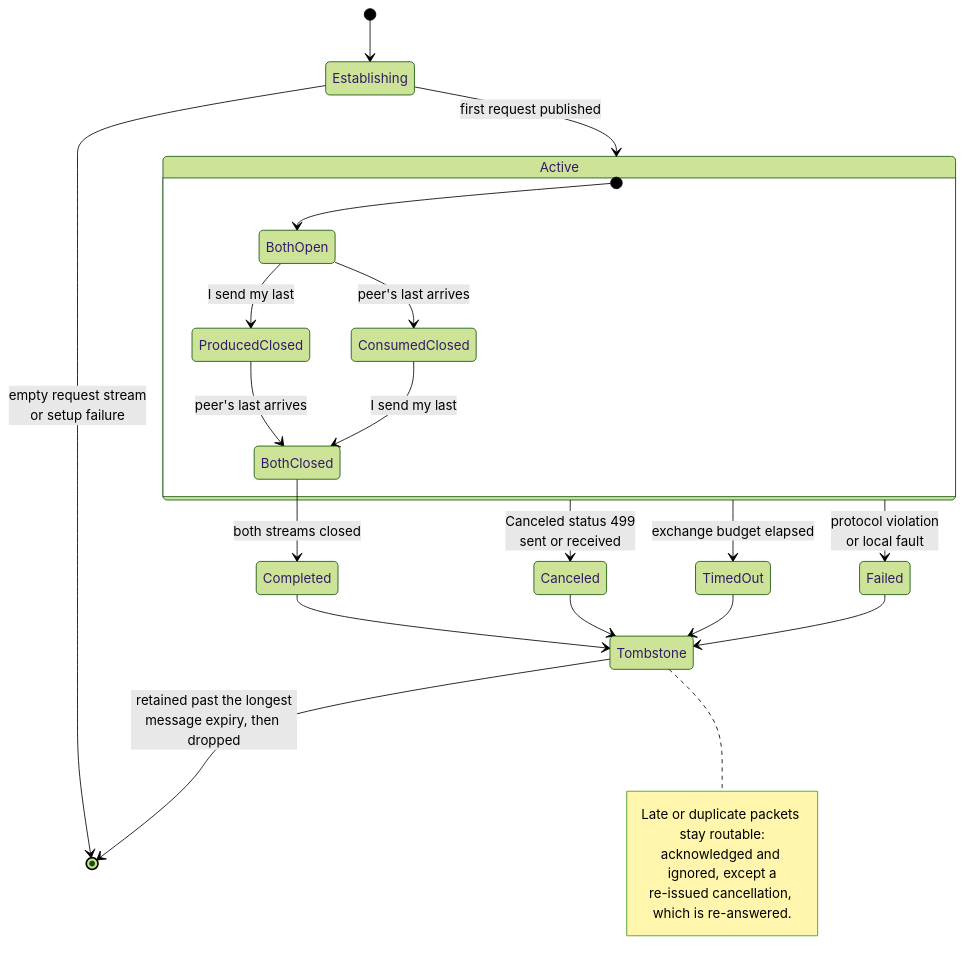
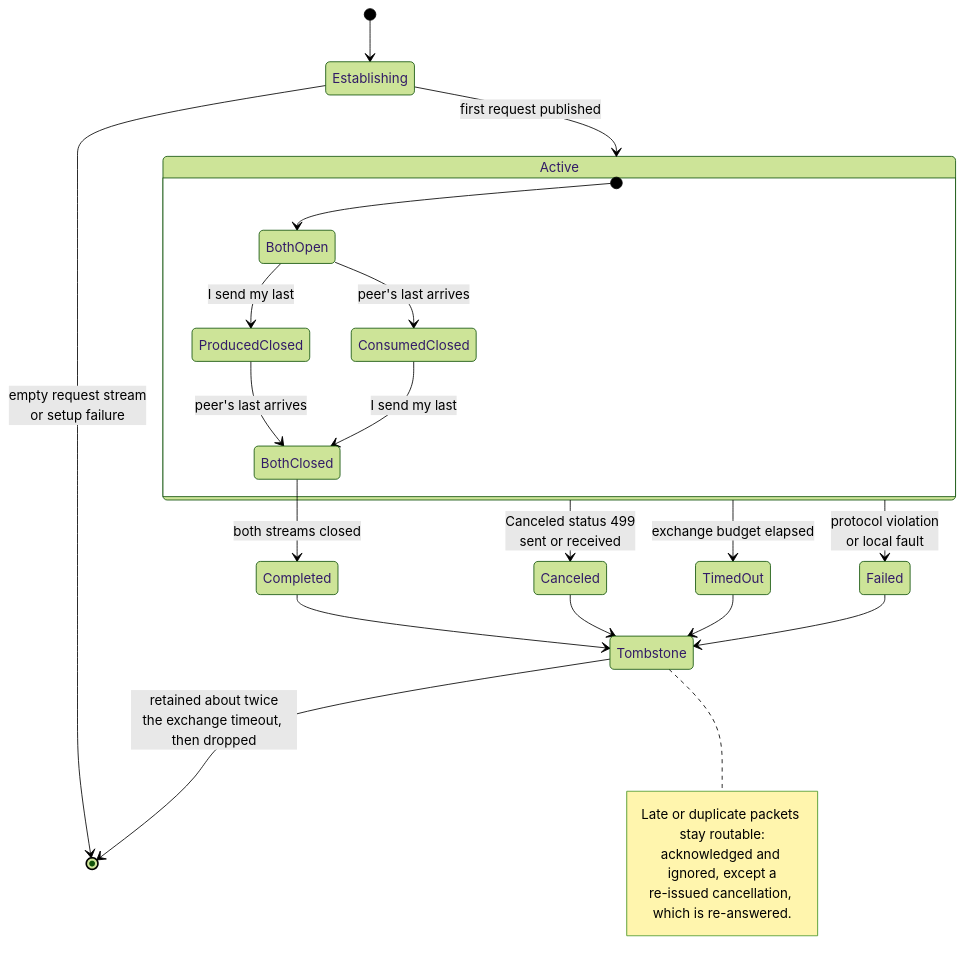
One commit to Azure/iot-operations-sdks changed the second of 3 diagrams in doc/dev/adr/0025-rpc-streaming-overview-diagrams.md. Above: the diagram before and after it, drawn with Mermaid (forest theme). The commit also changed 3 other files, not shown here.

````diff
--- a/doc/dev/adr/0025-rpc-streaming-overview-diagrams.md
+++ b/doc/dev/adr/0025-rpc-streaming-overview-diagrams.md
@@ -154,36 +154,36 @@
 ```mermaid
 stateDiagram-v2
     direction TB
 
     [*] --> Establishing
 
     Establishing --> Active: first request published
     Establishing --> [*]: empty request stream<br/>or setup failure
 
     state Active {
         direction LR
         [*] --> BothOpen
         BothOpen --> ProducedClosed: I send my last
         BothOpen --> ConsumedClosed: peer's last arrives
         ProducedClosed --> BothClosed: peer's last arrives
         ConsumedClosed --> BothClosed: I send my last
     }
 
     BothClosed --> Completed: both streams closed
     Active --> Canceled: Canceled status 499<br/>sent or received
     Active --> TimedOut: exchange budget elapsed
     Active --> Failed: protocol violation<br/>or local fault
 
     Completed --> Tombstone
     Canceled --> Tombstone
     TimedOut --> Tombstone
     Failed --> Tombstone
 
-    Tombstone --> [*]: retained past the longest<br/>message expiry, then dropped
+    Tombstone --> [*]: retained about twice<br/>the exchange timeout, then dropped
 
     note right of Tombstone
         Late or duplicate packets stay routable:
         acknowledged and ignored, except a
         re-issued cancellation, which is re-answered.
     end note
 ```
````
